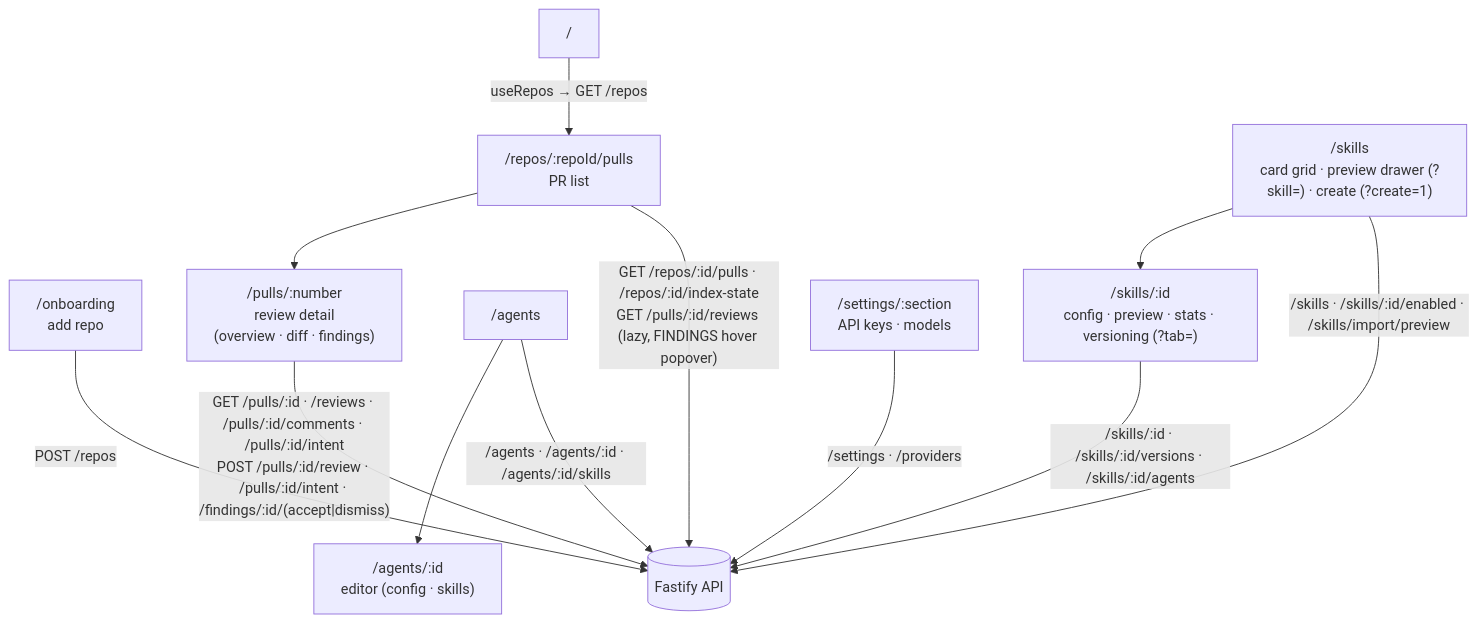
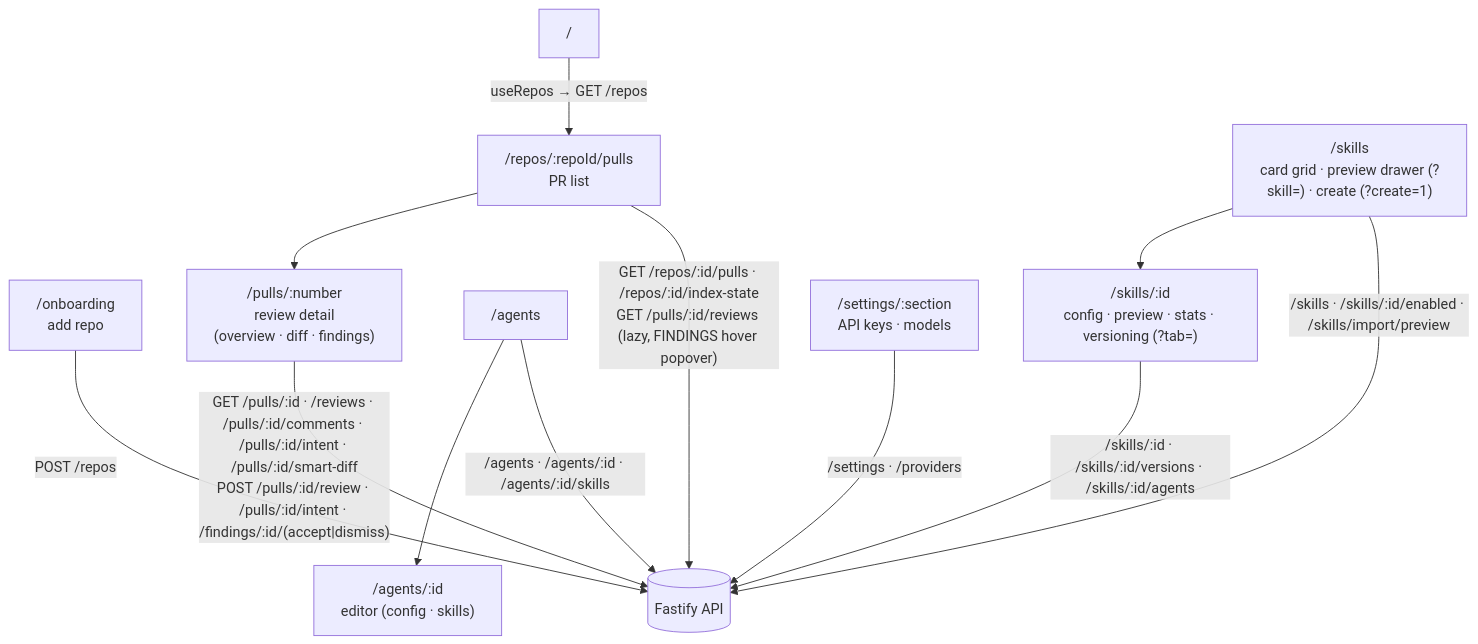
Before and after one commit to artemmmon/dev-digest: the diagram in client/README.md, drawn with Mermaid. The commit also changed 16 other files, not shown here.

First line of the commit message:
feat: Smart Diff UI — role groups, Smart/Original order, inline findings on Files changed

````diff
--- a/client/README.md
+++ b/client/README.md
@@ -23,17 +23,17 @@
 ```mermaid
 flowchart TD
   ROOT["/"] -->|"useRepos → GET /repos"| PULLS["/repos/:repoId/pulls<br/>PR list"]
   ONB["/onboarding<br/>add repo"] -->|"POST /repos"| API[("Fastify API")]
   PULLS --> PR["/pulls/:number<br/>review detail<br/>(overview · diff · findings)"]
 
   AGENTS["/agents"] --> AGENT["/agents/:id<br/>editor (config · skills)"]
   SKILLS["/skills<br/>card grid · preview drawer (?skill=) · create (?create=1)"] --> SKILL["/skills/:id<br/>config · preview · stats · versioning (?tab=)"]
   SETTINGS["/settings/:section<br/>API keys · models"]
 
   PULLS -->|"GET /repos/:id/pulls · /repos/:id/index-state<br/>GET /pulls/:id/reviews (lazy, FINDINGS hover popover)"| API
-  PR -->|"GET /pulls/:id · /reviews · /pulls/:id/comments · /pulls/:id/intent<br/>POST /pulls/:id/review · /pulls/:id/intent · /findings/:id/(accept|dismiss)"| API
+  PR -->|"GET /pulls/:id · /reviews · /pulls/:id/comments · /pulls/:id/intent · /pulls/:id/smart-diff<br/>POST /pulls/:id/review · /pulls/:id/intent · /findings/:id/(accept|dismiss)"| API
   AGENTS -->|"/agents · /agents/:id · /agents/:id/skills"| API
   SKILLS -->|"/skills · /skills/:id/enabled · /skills/import/preview"| API
   SKILL -->|"/skills/:id · /skills/:id/versions · /skills/:id/agents"| API
   SETTINGS -->|"/settings · /providers"| API
 ```
````
